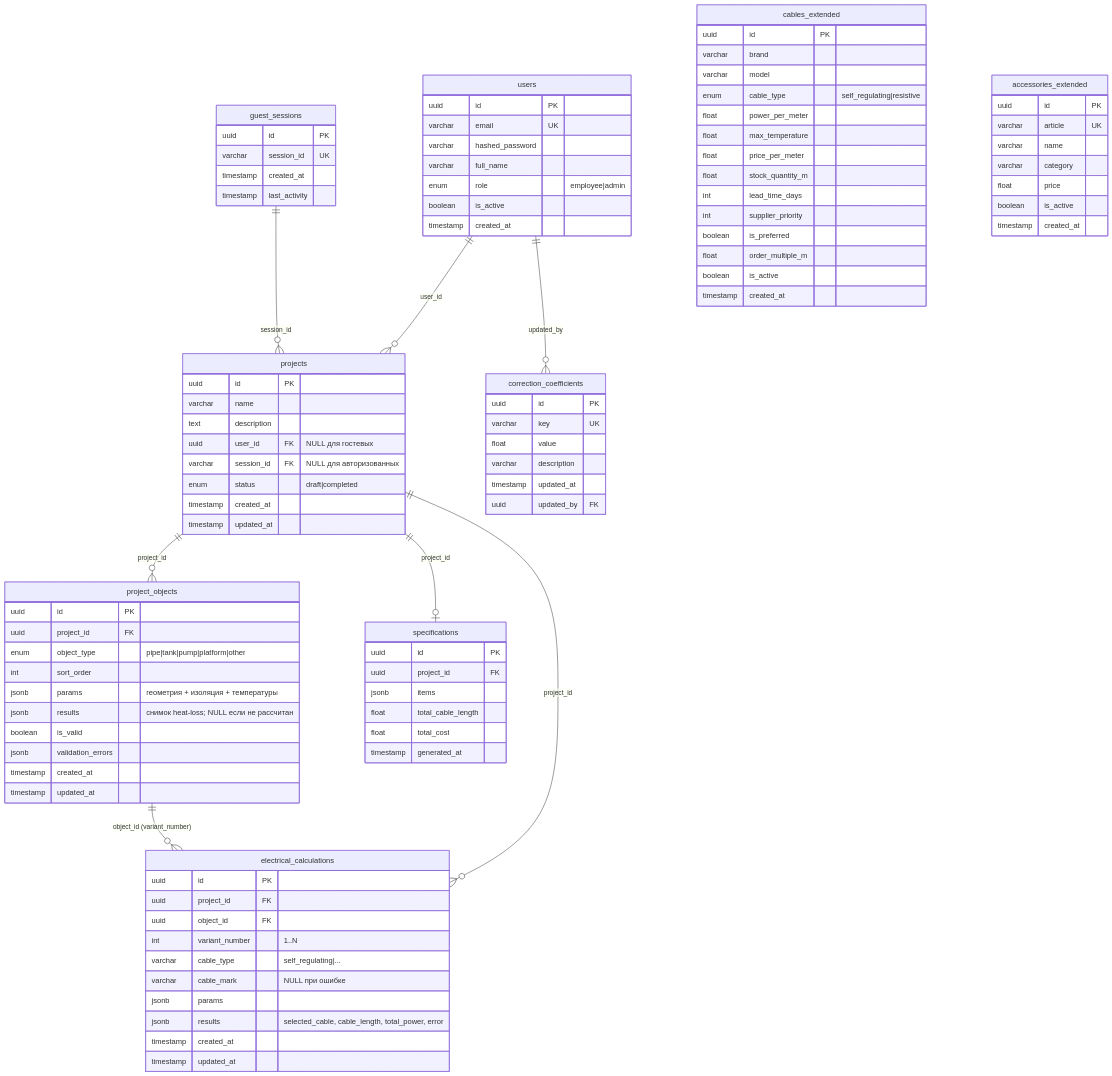
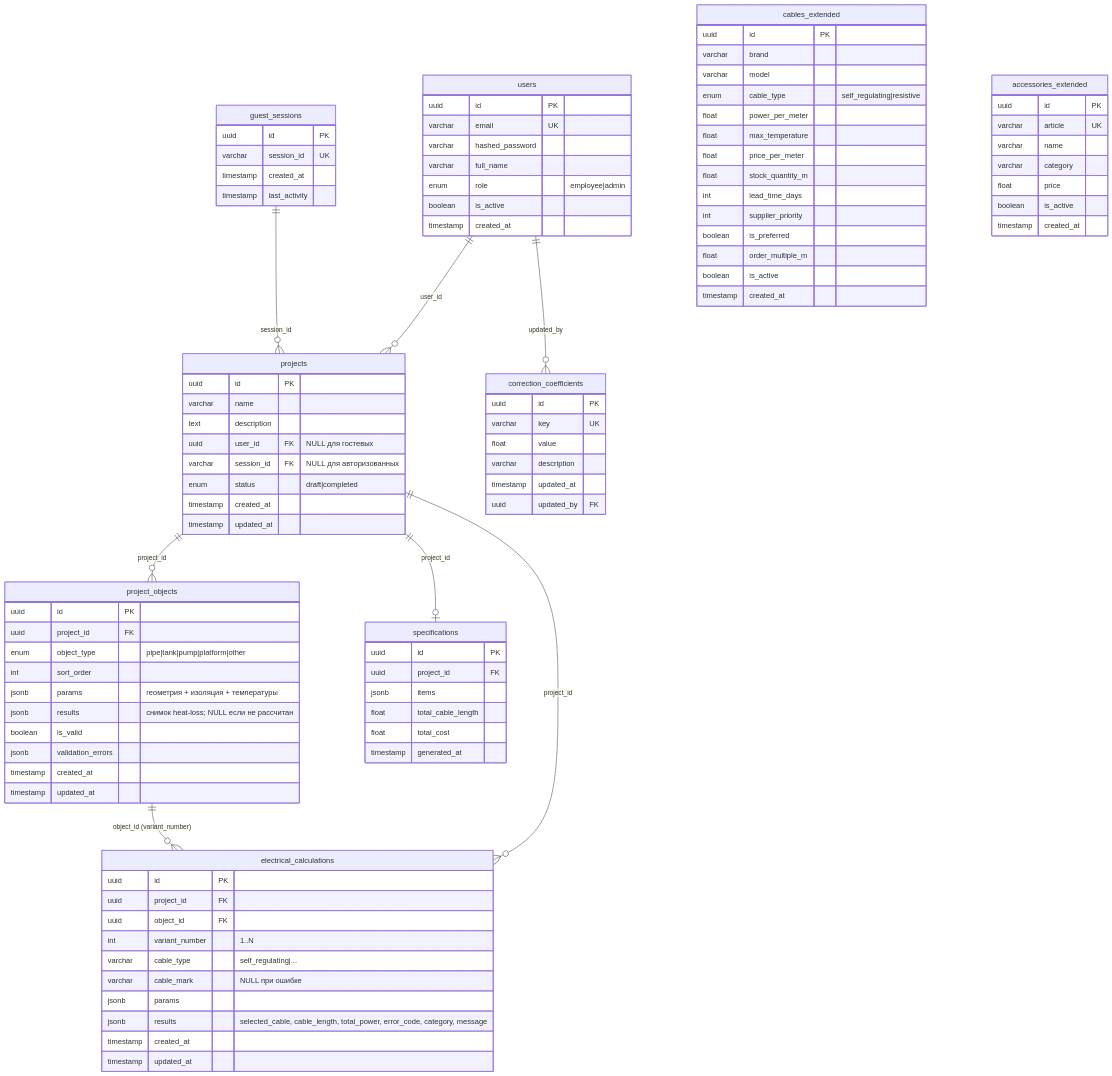
Before and after one commit to malafdmitry0-crypto/TLT: the first of 5 diagrams in docs/analysis/diagrams-domain.md, drawn with Mermaid. The commit also changed other lines of this file and 73 other files, not shown here.

```diff
--- a/docs/analysis/diagrams-domain.md
+++ b/docs/analysis/diagrams-domain.md
@@ -68,7 +70,7 @@
         varchar cable_type "self_regulating|..."
         varchar cable_mark "NULL при ошибке"
         jsonb params
-        jsonb results "selected_cable, cable_length, total_power, error"
+        jsonb results "selected_cable, cable_length, total_power, error_code, category, message"
         timestamp created_at
         timestamp updated_at
     }
```
